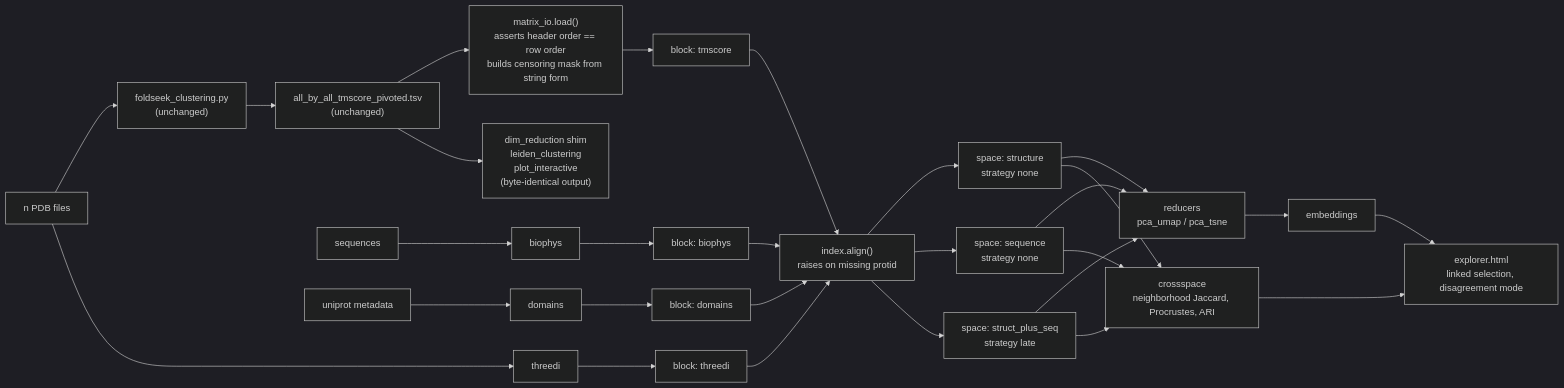
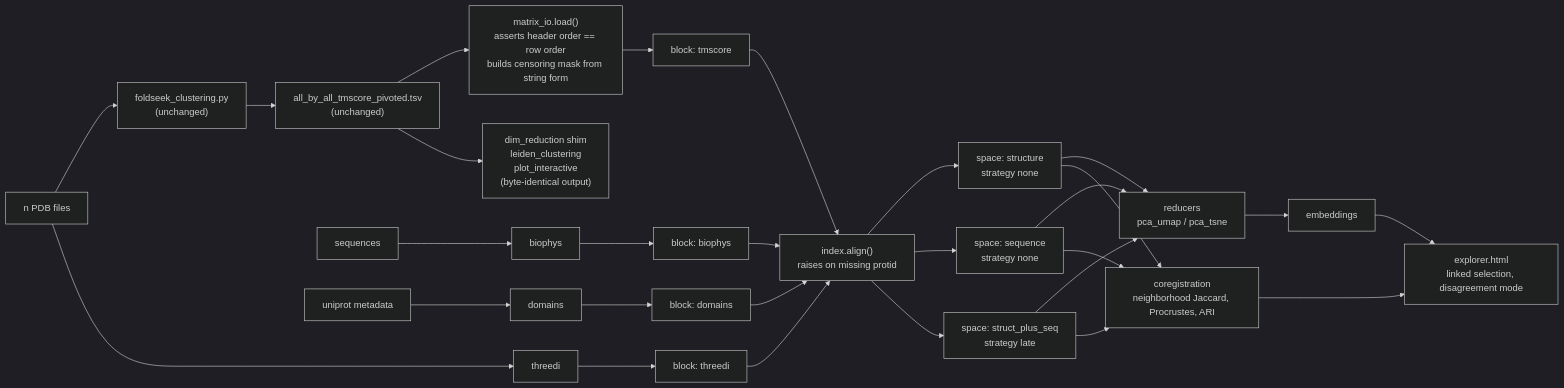
Before and after one commit to mrubash1/ProteinCartography: the diagram in docs/ARCHITECTURE.md, drawn with Mermaid (dark theme). The commit also changed other lines of this file and 8 other files, not shown here.

````diff
--- a/docs/ARCHITECTURE.md
+++ b/docs/ARCHITECTURE.md
@@ -99,29 +113,29 @@
 ```mermaid
 flowchart LR
     PDB["n PDB files"] --> TMP["foldseek_clustering.py<br/>(unchanged)"]
     TMP --> MAT["all_by_all_tmscore_pivoted.tsv<br/>(unchanged)"]
 
     MAT --> MIO["matrix_io.load()<br/>asserts header order == row order<br/>builds censoring mask from string form"]
     PDB --> B2["threedi"]
     SEQ["sequences"] --> B3["biophys"]
     META["uniprot metadata"] --> B4["domains"]
 
     MIO --> BL1["block: tmscore"]
     B2 --> BL2["block: threedi"]
     B3 --> BL3["block: biophys"]
     B4 --> BL4["block: domains"]
 
     BL1 & BL2 & BL3 & BL4 --> IDX["index.align()<br/>raises on missing protid"]
 
     IDX --> SP1["space: structure<br/>strategy none"]
     IDX --> SP2["space: sequence<br/>strategy none"]
     IDX --> SP3["space: struct_plus_seq<br/>strategy late"]
 
     SP1 & SP2 & SP3 --> RED["reducers<br/>pca_umap / pca_tsne"]
     RED --> EMB["embeddings"]
 
-    SP1 & SP2 & SP3 --> XS["crossspace<br/>neighborhood Jaccard, Procrustes, ARI"]
+    SP1 & SP2 & SP3 --> XS["coregistration<br/>neighborhood Jaccard, Procrustes, ARI"]
     EMB & XS --> EXP["explorer.html<br/>linked selection, disagreement mode"]
 
     MAT --> LEGACY["dim_reduction shim<br/>leiden_clustering<br/>plot_interactive<br/>(byte-identical output)"]
 ```
````
